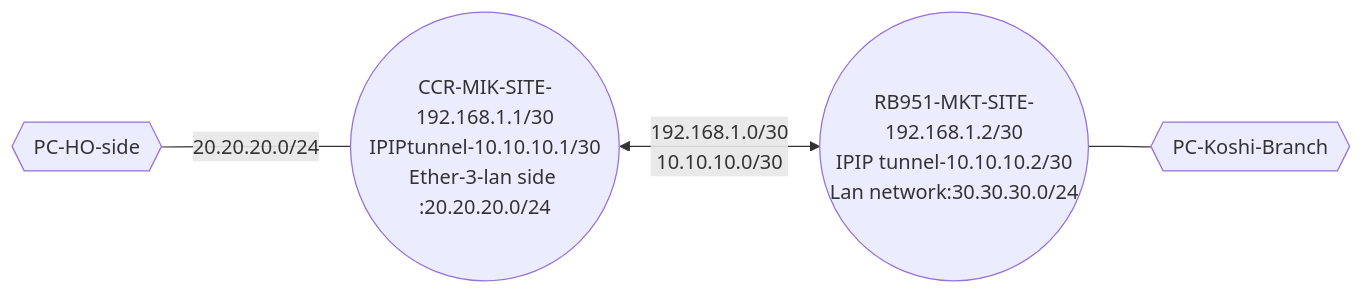
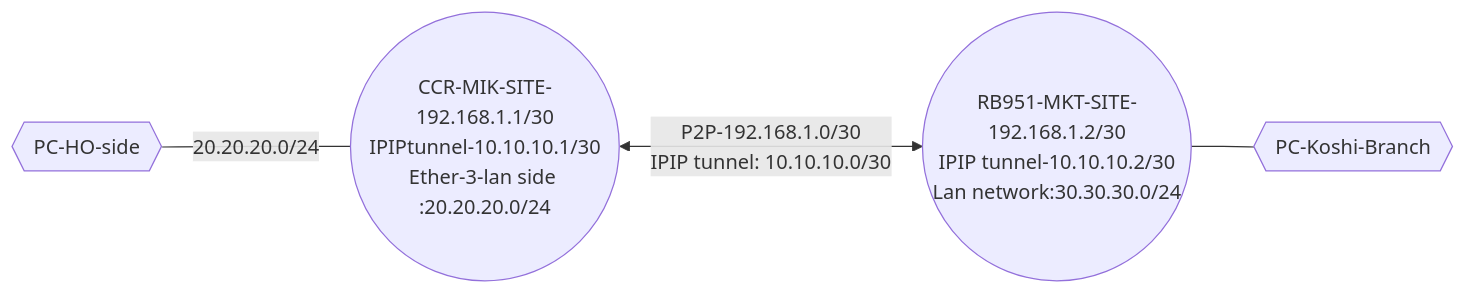
Before and after one commit to Rajeev-Tamang/Mikrotik_MTCNA_MTCRE_MTCSE: the second of 2 diagrams in MTCRE/MTCRE.md, drawn with Mermaid.

````diff
--- a/MTCRE/MTCRE.md
+++ b/MTCRE/MTCRE.md
@@ -25,4 +25,4 @@
 ```mermaid
 graph LR
-PC1{{PC-HO-side}}---|20.20.20.0/24|Mikrotik1((CCR-MIK-SITE-192.168.1.1/30<br>IPIPtunnel-10.10.10.1/30<br>Ether-3-lan side :20.20.20.0/24))<-->|192.168.1.0/30<br>10.10.10.0/30|Mikrotik2((RB951-MKT-SITE-192.168.1.2/30<br>IPIP tunnel-10.10.10.2/30<br>Lan network:30.30.30.0/24))---PC{{PC-Koshi-Branch}}
+PC1{{PC-HO-side}}---|20.20.20.0/24|Mikrotik1((CCR-MIK-SITE-192.168.1.1/30<br>IPIPtunnel-10.10.10.1/30<br>Ether-3-lan side :20.20.20.0/24))<-->|P2P-192.168.1.0/30<br>IPIP tunnel: 10.10.10.0/30|Mikrotik2((RB951-MKT-SITE-192.168.1.2/30<br>IPIP tunnel-10.10.10.2/30<br>Lan network:30.30.30.0/24))---PC{{PC-Koshi-Branch}}
   ```
````
